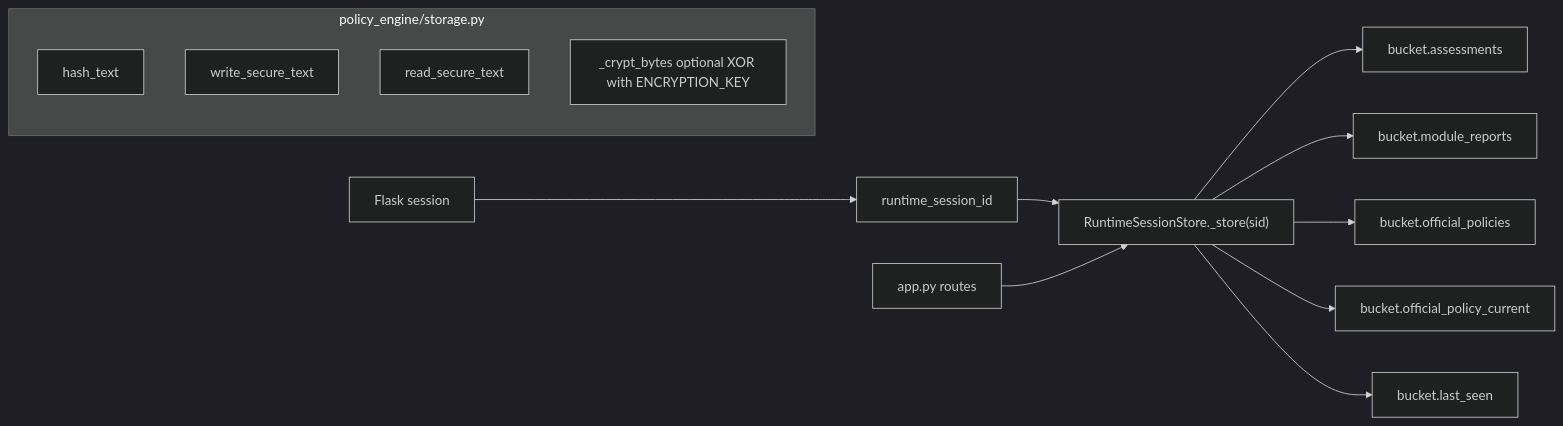
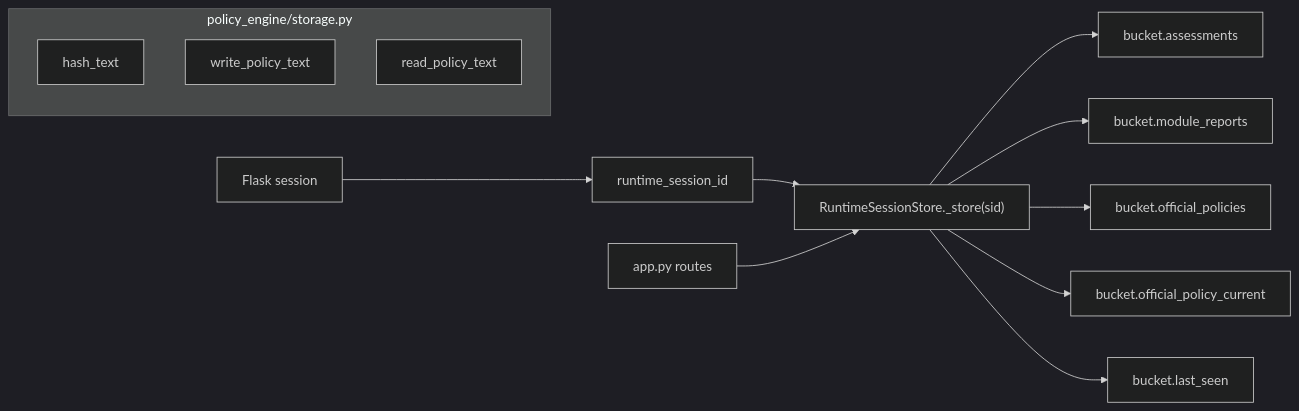
One commit to ApostolisSiatras/GDPR-Assessor changed the diagram in docs/architecture-diagrams/mermaid-src/07-runtime-state-persistence__a-module-architecture-diagram__01.mmd. Above: the diagram before and after it, drawn with Mermaid (dark theme). The commit also changed 20 other files, not shown here.

Commit message:
Remove unused encryption paths and simplify policy persistence/export

```diff
--- a/docs/architecture-diagrams/mermaid-src/07-runtime-state-persistence__a-module-architecture-diagram__01.mmd
+++ b/docs/architecture-diagrams/mermaid-src/07-runtime-state-persistence__a-module-architecture-diagram__01.mmd
@@ -1,18 +1,17 @@
 flowchart LR
   FSess["Flask session"] --> SID["runtime_session_id"]
   SID --> RS["RuntimeSessionStore._store(sid)"]
 
   RS --> B1["bucket.assessments"]
   RS --> B2["bucket.module_reports"]
   RS --> B3["bucket.official_policies"]
   RS --> B4["bucket.official_policy_current"]
   RS --> B5["bucket.last_seen"]
 
   APP["app.py routes"] --> RS
 
   subgraph StorageHelpers["policy_engine/storage.py"]
     H1["hash_text"]
-    H2["write_secure_text"]
-    H3["read_secure_text"]
-    H4["_crypt_bytes optional XOR with ENCRYPTION_KEY"]
+    H2["write_policy_text"]
+    H3["read_policy_text"]
   end
```
